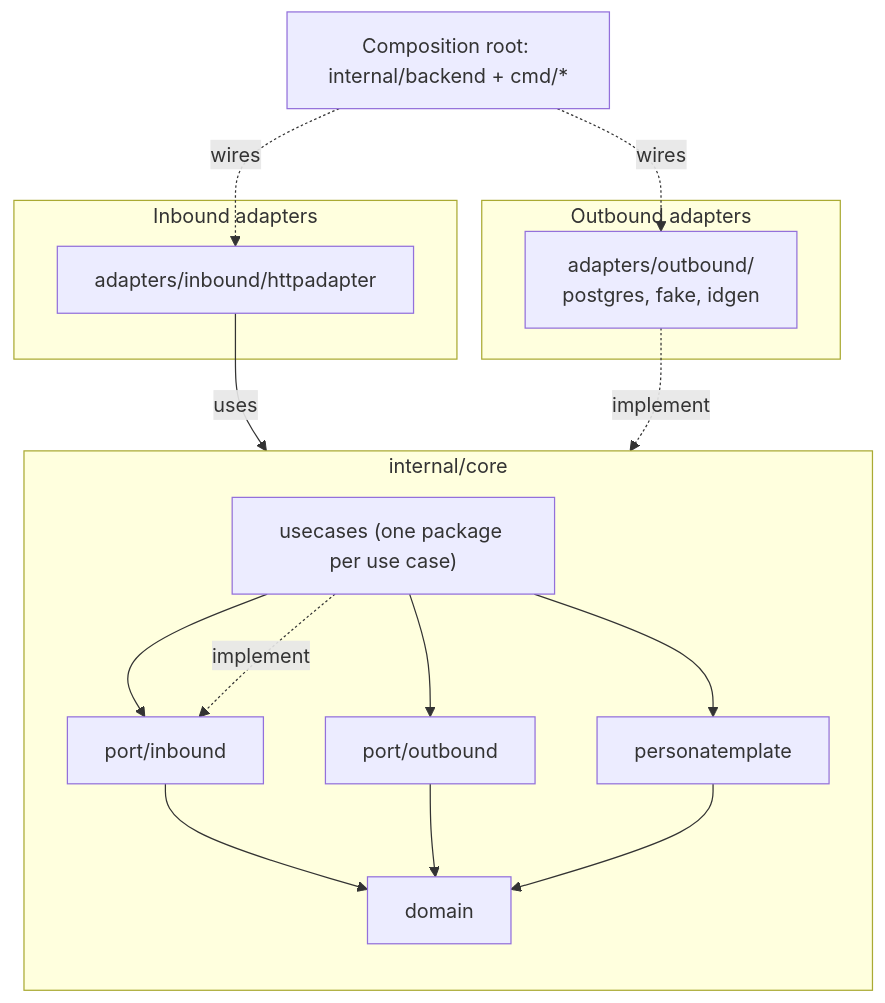
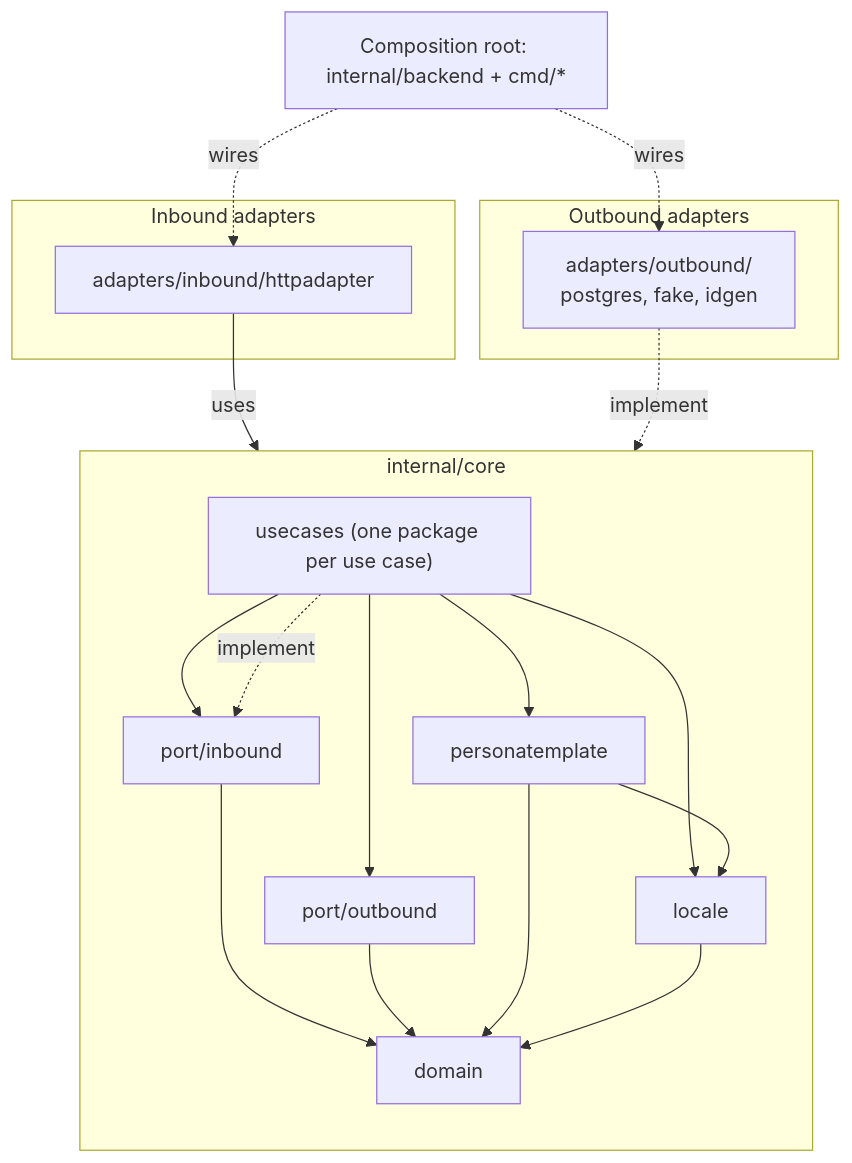
Before and after one commit to TimoSto/tax-return-organizer: the diagram in backend/docs/ARCHITECTURE.md, drawn with Mermaid. The commit also changed other lines of this file and 12 other files, not shown here.

````diff
--- a/backend/docs/ARCHITECTURE.md
+++ b/backend/docs/ARCHITECTURE.md
@@ -9,33 +9,37 @@
 ```mermaid
 flowchart TB
     subgraph IN["Inbound adapters"]
         http["adapters/inbound/httpadapter"]
     end
 
     subgraph CORE["internal/core"]
         direction TB
         usecases["usecases (one package per use case)"]
         inbound["port/inbound"]
         outbound["port/outbound"]
         pt["personatemplate"]
+        locale["locale"]
         domain["domain"]
         usecases --> inbound
         usecases --> outbound
         usecases --> pt
+        usecases --> locale
         inbound --> domain
         outbound --> domain
+        pt --> locale
         pt --> domain
+        locale --> domain
     end
 
     subgraph OUT["Outbound adapters"]
         out["adapters/outbound/<br/>postgres, fake, idgen"]
     end
 
     root["Composition root: internal/backend + cmd/*"]
 
     http -->|uses| inbound
     usecases -.->|implement| inbound
     out -.->|implement| outbound
     root -.->|wires| http
     root -.->|wires| out
 ```
````
